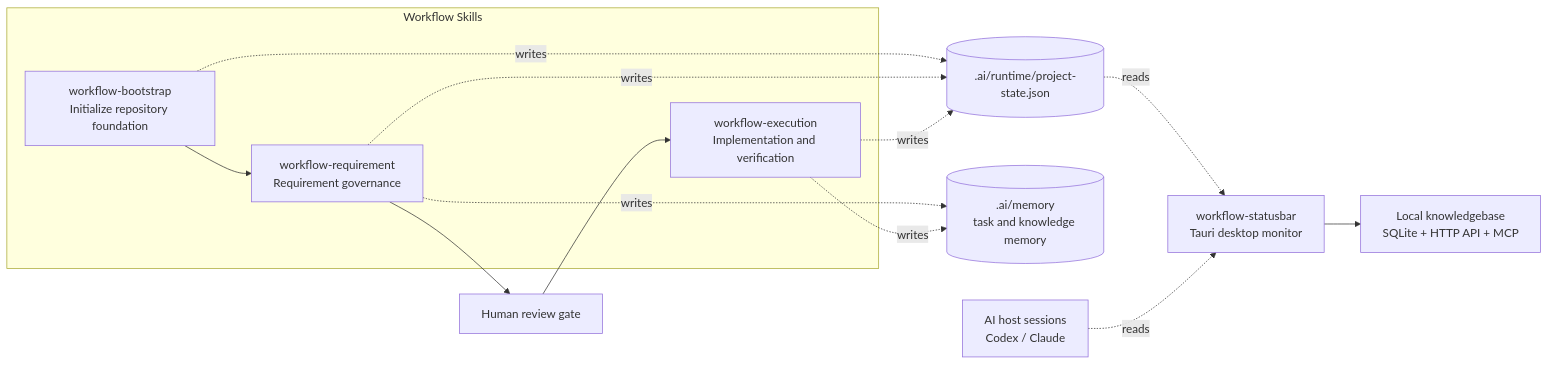
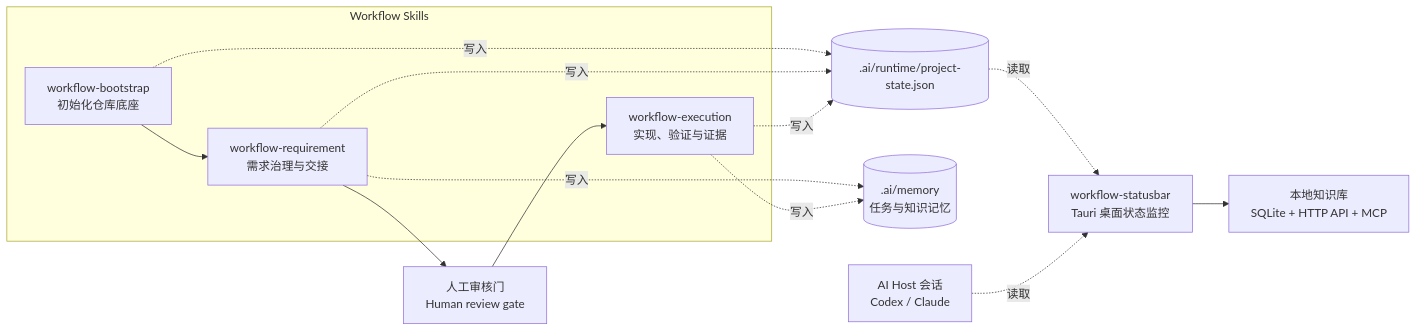
One commit to beyond-snail/workflow-skills changed the diagram in README.md. Above: the diagram before and after it, drawn with Mermaid. The commit also changed other lines of this file, not shown here.

````diff
--- a/README.md
+++ b/README.md
@@ -36,25 +44,25 @@
 ```mermaid
 flowchart LR
     subgraph Skills[Workflow Skills]
-        A[workflow-bootstrap<br/>Initialize repository foundation]
-        B[workflow-requirement<br/>Requirement governance]
-        C[workflow-execution<br/>Implementation and verification]
+        A[workflow-bootstrap<br/>初始化仓库底座]
+        B[workflow-requirement<br/>需求治理与交接]
+        C[workflow-execution<br/>实现、验证与证据]
     end
 
-    G[Human review gate]
+    G[人工审核门<br/>Human review gate]
     S[(.ai/runtime/project-state.json)]
-    M[(.ai/memory<br/>task and knowledge memory)]
-    D[workflow-statusbar<br/>Tauri desktop monitor]
-    H[AI host sessions<br/>Codex / Claude]
-    K[Local knowledgebase<br/>SQLite + HTTP API + MCP]
+    M[(.ai/memory<br/>任务与知识记忆)]
+    D[workflow-statusbar<br/>Tauri 桌面状态监控]
+    H[AI Host 会话<br/>Codex / Claude]
+    K[本地知识库<br/>SQLite + HTTP API + MCP]
 
     A --> B --> G --> C
-    A -.writes.-> S
-    B -.writes.-> S
-    C -.writes.-> S
-    B -.writes.-> M
-    C -.writes.-> M
-    S -.reads.-> D
-    H -.reads.-> D
+    A -.写入.-> S
+    B -.写入.-> S
+    C -.写入.-> S
+    B -.写入.-> M
+    C -.写入.-> M
+    S -.读取.-> D
+    H -.读取.-> D
     D --> K
 ```
````
